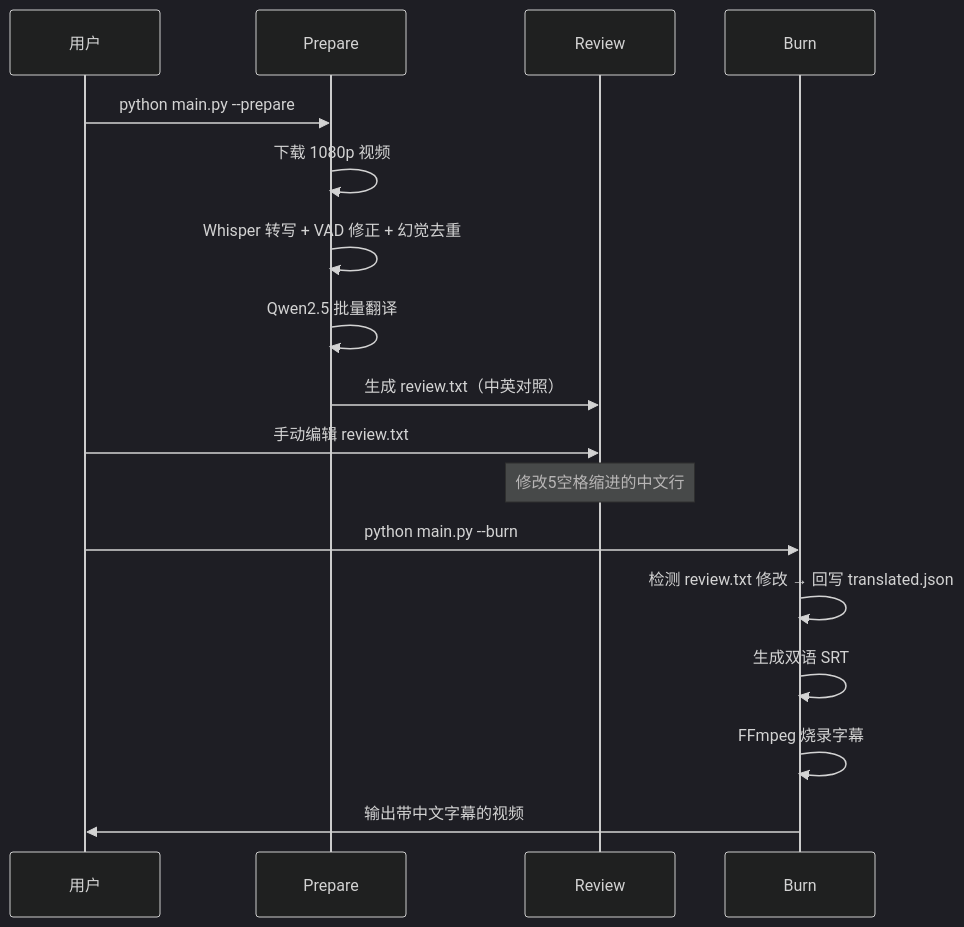
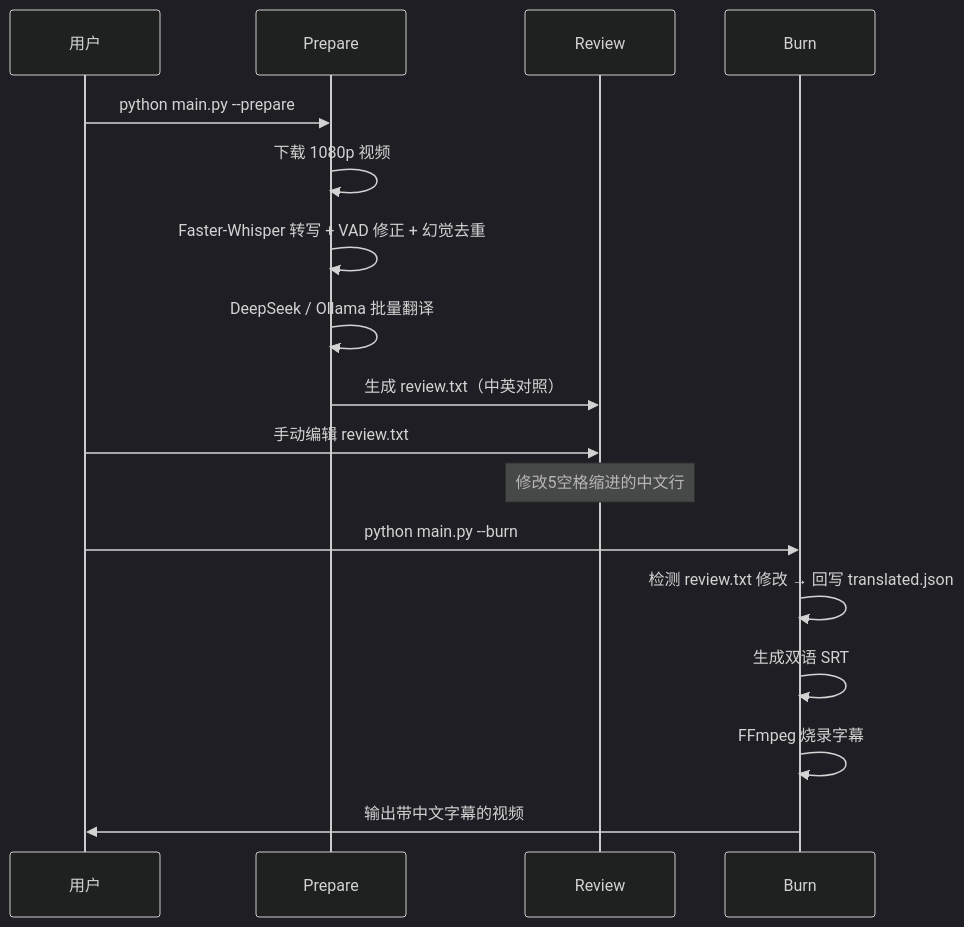
One commit to imgaayeoll-arch/VlogTrans changed the second of 2 diagrams in README.md. Above: the diagram before and after it, drawn with Mermaid (dark theme). The commit also changed other lines of this file, not shown here.

Commit message:
docs: update README for faster-whisper migration and DeepSeek backend

````diff
--- a/README.md
+++ b/README.md
@@ -205,22 +213,22 @@
 ```mermaid
 sequenceDiagram
     participant U as 用户
     participant P as Prepare
     participant R as Review
     participant B as Burn
 
     U->>P: python main.py --prepare
     P->>P: 下载 1080p 视频
-    P->>P: Whisper 转写 + VAD 修正 + 幻觉去重
-    P->>P: Qwen2.5 批量翻译
+    P->>P: Faster-Whisper 转写 + VAD 修正 + 幻觉去重
+    P->>P: DeepSeek / Ollama 批量翻译
     P->>R: 生成 review.txt（中英对照）
     
     U->>R: 手动编辑 review.txt
     Note over R: 修改5空格缩进的中文行
     
     U->>B: python main.py --burn
     B->>B: 检测 review.txt 修改 → 回写 translated.json
     B->>B: 生成双语 SRT
     B->>B: FFmpeg 烧录字幕
     B->>U: 输出带中文字幕的视频
 ```
````
